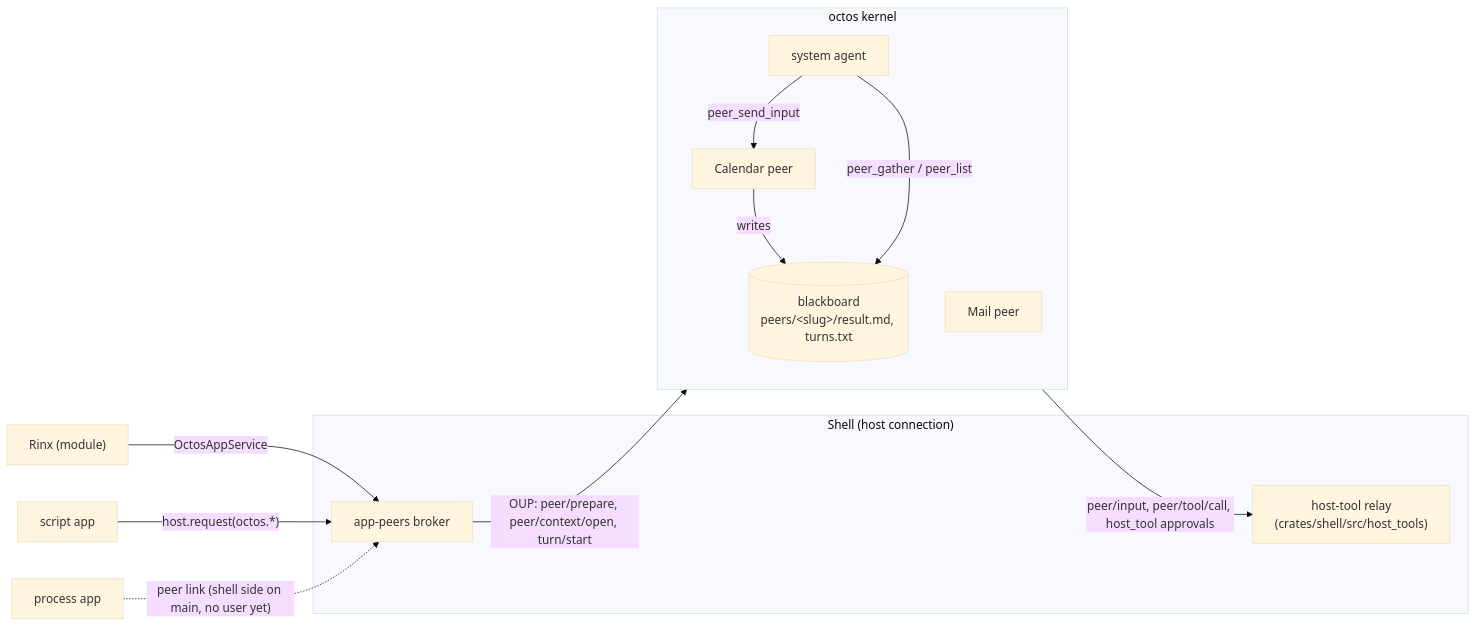
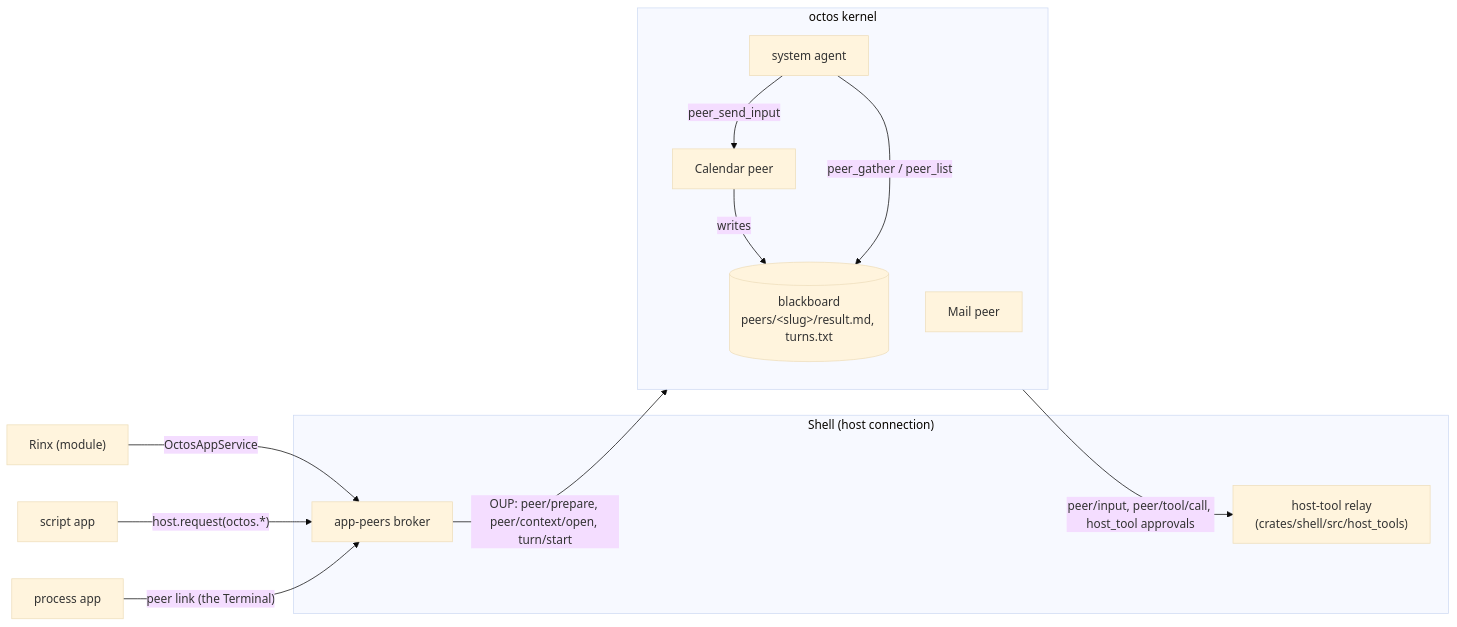
One commit to OctoSense-org/OctoSense changed the third of 5 diagrams in docs/architecture.md. Above: the diagram before and after it, drawn with Mermaid (base theme). The commit also changed other lines of this file and 6 other files, not shown here.

````diff
--- a/docs/architecture.md
+++ b/docs/architecture.md
@@ -200,21 +201,21 @@
 ```mermaid
 flowchart LR
   subgraph shell["Shell (host connection)"]
     broker["app-peers broker"]
     relay["host-tool relay<br/>(crates/shell/src/host_tools)"]
   end
   subgraph kernel["octos kernel"]
     sys["system agent"]
     p1["Calendar peer"]
     p2["Mail peer"]
     bb[("blackboard<br/>peers/&lt;slug&gt;/result.md, turns.txt")]
   end
   rinx["Rinx (module)"] -- "OctosAppService" --> broker
   card["script app"] -- "host.request(octos.*)" --> broker
-  proc["process app"] -. "peer link (shell side on main, no user yet)" .-> broker
+  proc["process app"] -- "peer link (the Terminal)" --> broker
   broker -- "OUP: peer/prepare, peer/context/open, turn/start" --> kernel
   sys -- "peer_send_input" --> p1
   p1 -- "writes" --> bb
   sys -- "peer_gather / peer_list" --> bb
   kernel -- "peer/input, peer/tool/call, host_tool approvals" --> relay
 ```
````
